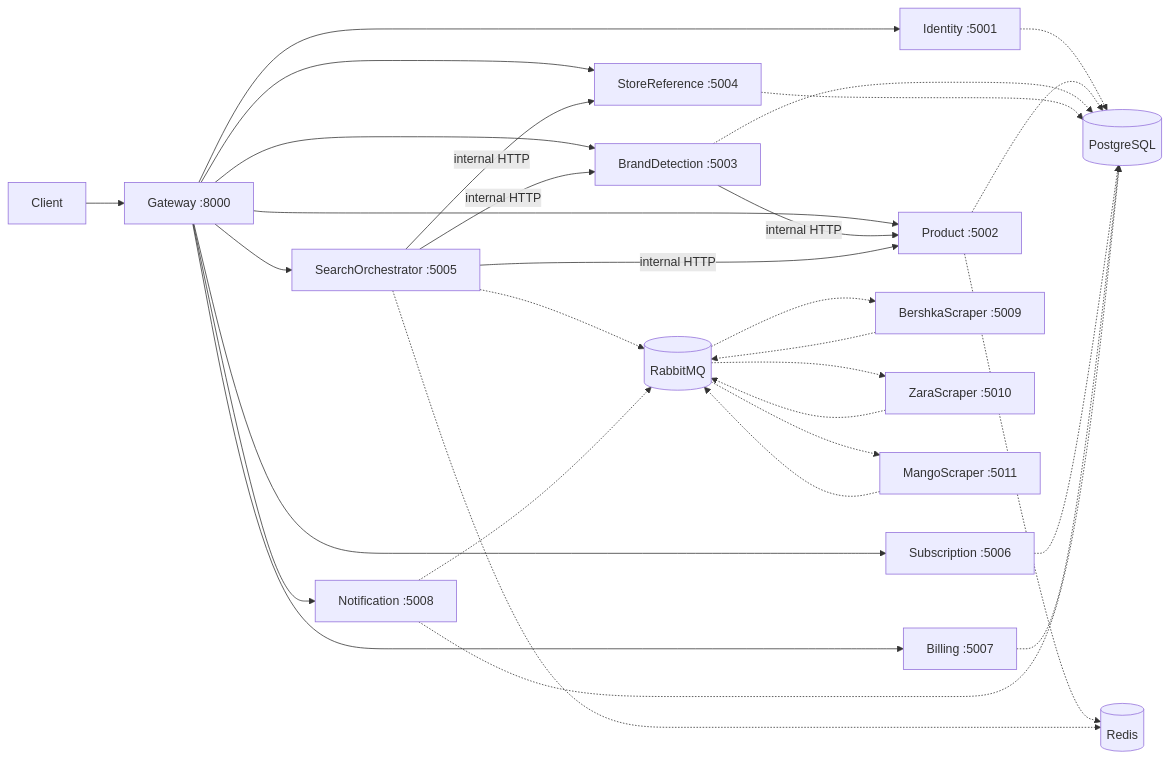
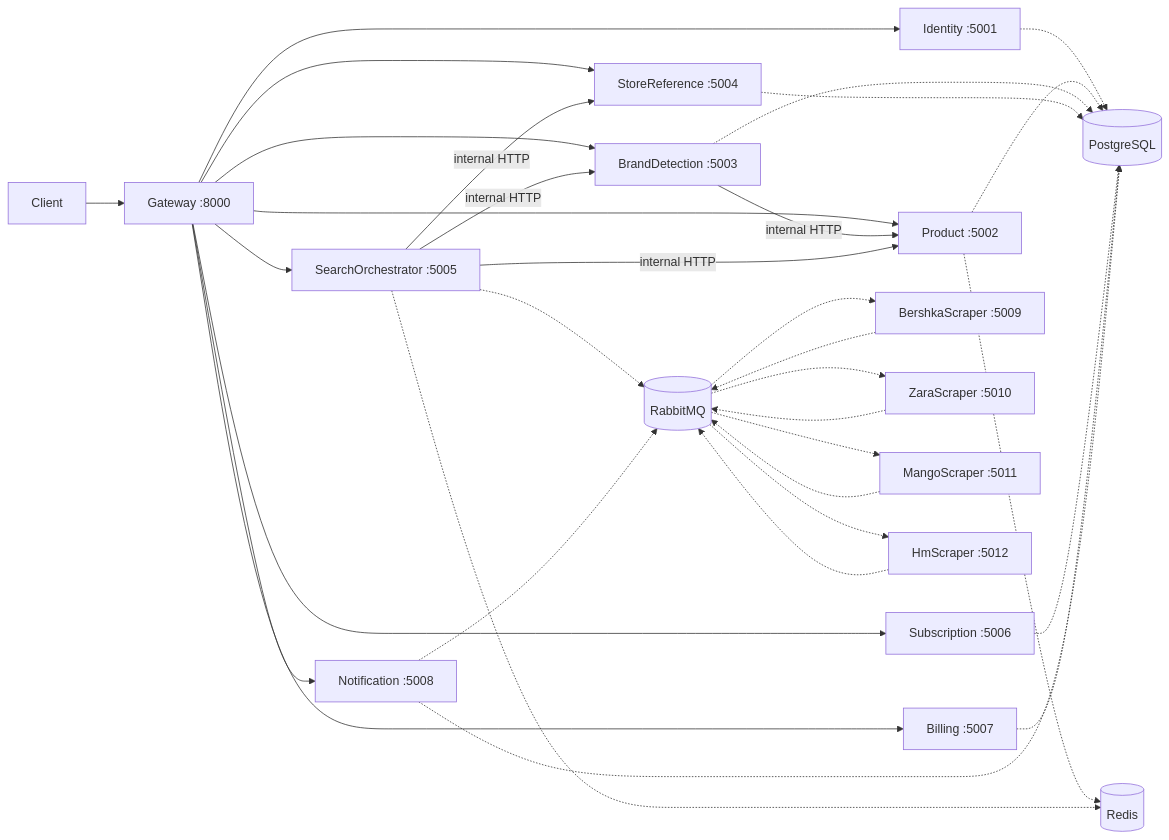
One commit to hnbirsen/StockTracker changed the diagram in README.md. Above: the diagram before and after it, drawn with Mermaid. The commit also changed other lines of this file and 24 other files, not shown here.

````diff
--- a/README.md
+++ b/README.md
@@ -25,37 +25,39 @@
 ```mermaid
 flowchart LR
     Client[Client] --> Gateway[Gateway :8000]
 
     Gateway --> Identity[Identity :5001]
     Gateway --> Product[Product :5002]
     Gateway --> Brand[BrandDetection :5003]
     Gateway --> Store[StoreReference :5004]
     Gateway --> Search[SearchOrchestrator :5005]
     Gateway --> Subscription[Subscription :5006]
     Gateway --> Billing[Billing :5007]
     Gateway --> Notification[Notification :5008]
 
     Brand -->|internal HTTP| Product
     Search -->|internal HTTP| Product
     Search -->|internal HTTP| Brand
     Search -->|internal HTTP| Store
 
     Identity -.-> PG[(PostgreSQL)]
     Product -.-> PG
     Brand -.-> PG
     Store -.-> PG
     Subscription -.-> PG
     Billing -.-> PG
     Notification -.-> PG
 
     Product -.-> Redis[(Redis)]
     Search -.-> Redis
     Search -.-> MQ[(RabbitMQ)]
     Notification -.-> MQ
     MQ -.-> Scraper[BershkaScraper :5009]
     Scraper -.-> MQ
     MQ -.-> ZaraScraper[ZaraScraper :5010]
     ZaraScraper -.-> MQ
     MQ -.-> MangoScraper[MangoScraper :5011]
     MangoScraper -.-> MQ
+    MQ -.-> HmScraper[HmScraper :5012]
+    HmScraper -.-> MQ
 ```
````
